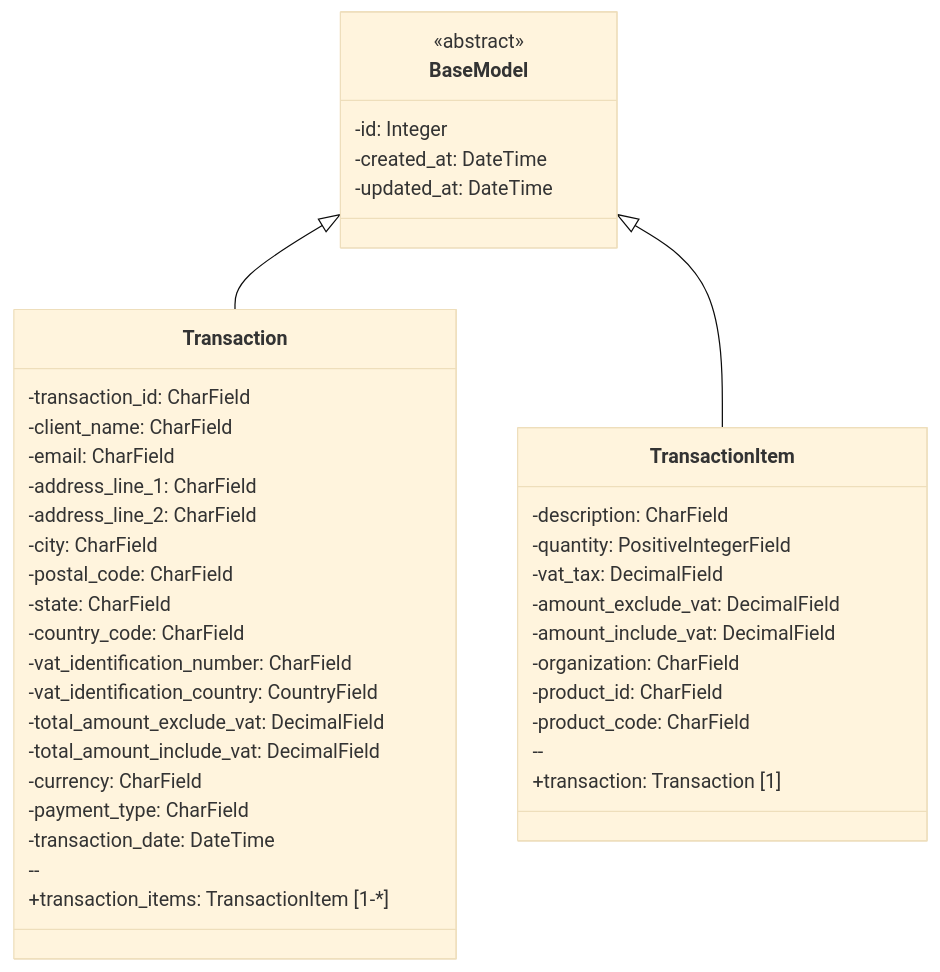
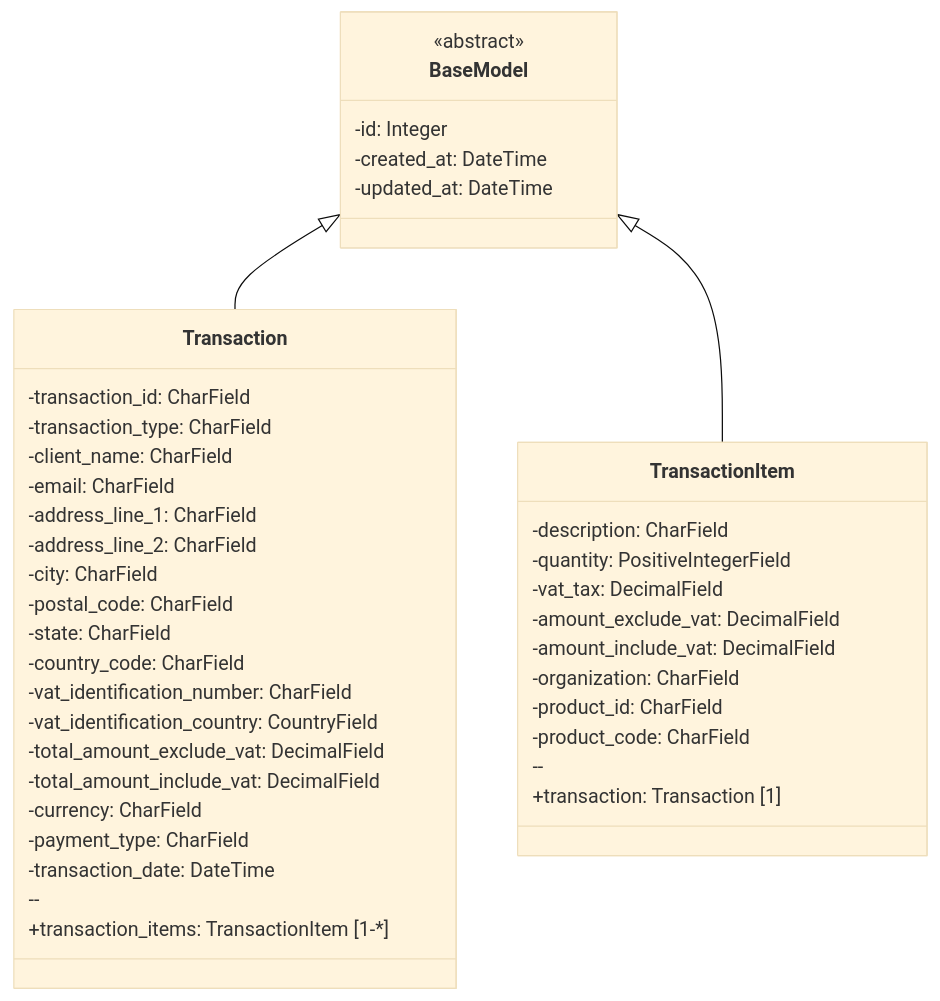
Before and after one commit to fccn/nau-financial-manager: the diagram in apps/billing/README.md, drawn with Mermaid (base theme). The commit also changed 8 other files, not shown here.

Commit message:
chore: add transaction type on Model Transaction and reset migrations

````diff
--- a/apps/billing/README.md
+++ b/apps/billing/README.md
@@ -8,43 +8,44 @@
 ```mermaid
 classDiagram
     class BaseModel {
         <<abstract>>
         -id: Integer
         -created_at: DateTime
         -updated_at: DateTime
     }
     class Transaction {
         -transaction_id: CharField
+        -transaction_type: CharField
         -client_name: CharField
         -email: CharField
         -address_line_1: CharField
         -address_line_2: CharField
         -city: CharField
         -postal_code: CharField
         -state: CharField
         -country_code: CharField
         -vat_identification_number: CharField
         -vat_identification_country: CountryField
         -total_amount_exclude_vat: DecimalField
         -total_amount_include_vat: DecimalField
         -currency: CharField
         -payment_type: CharField
         -transaction_date: DateTime
         --
         +transaction_items: TransactionItem [1-*]
     }
     class TransactionItem {
         -description: CharField
         -quantity: PositiveIntegerField
         -vat_tax: DecimalField
         -amount_exclude_vat: DecimalField
         -amount_include_vat: DecimalField
         -organization: CharField
         -product_id: CharField
         -product_code: CharField
         --
         +transaction: Transaction [1]
     }
     BaseModel <|-- Transaction
     BaseModel <|-- TransactionItem
 ```
````
